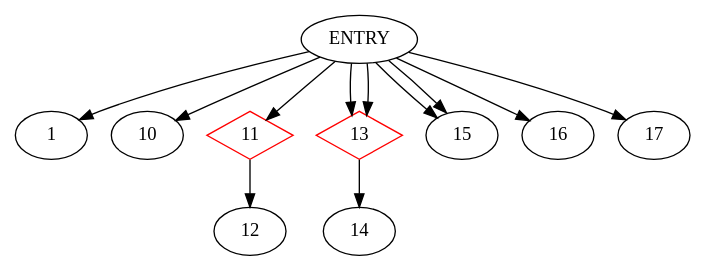
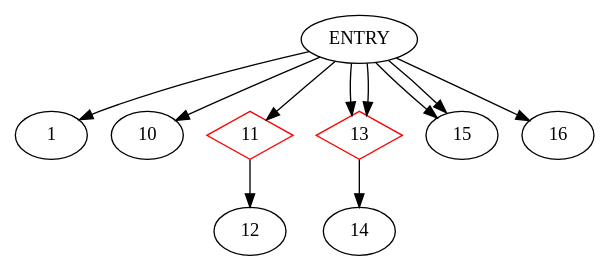
The diagram in Testgen/CDG.dot (akshitij/TestgenRepo), drawn with Graphviz before and after one commit. The commit also changed 29 other files, not shown here.

```diff
--- a/Testgen/CDG.dot
+++ b/Testgen/CDG.dot
@@ -1,16 +1,15 @@
 digraph CDG {
 ENTRY -> 1
 ENTRY -> 10
 11 [shape=diamond, color=red]
 ENTRY -> 11
 11-> 12
 13 [shape=diamond, color=red]
 ENTRY -> 13
 13 [shape=diamond, color=red]
 ENTRY -> 13
 13-> 14
 ENTRY -> 15
 ENTRY -> 15
 ENTRY -> 16
-ENTRY -> 17
 }
```
